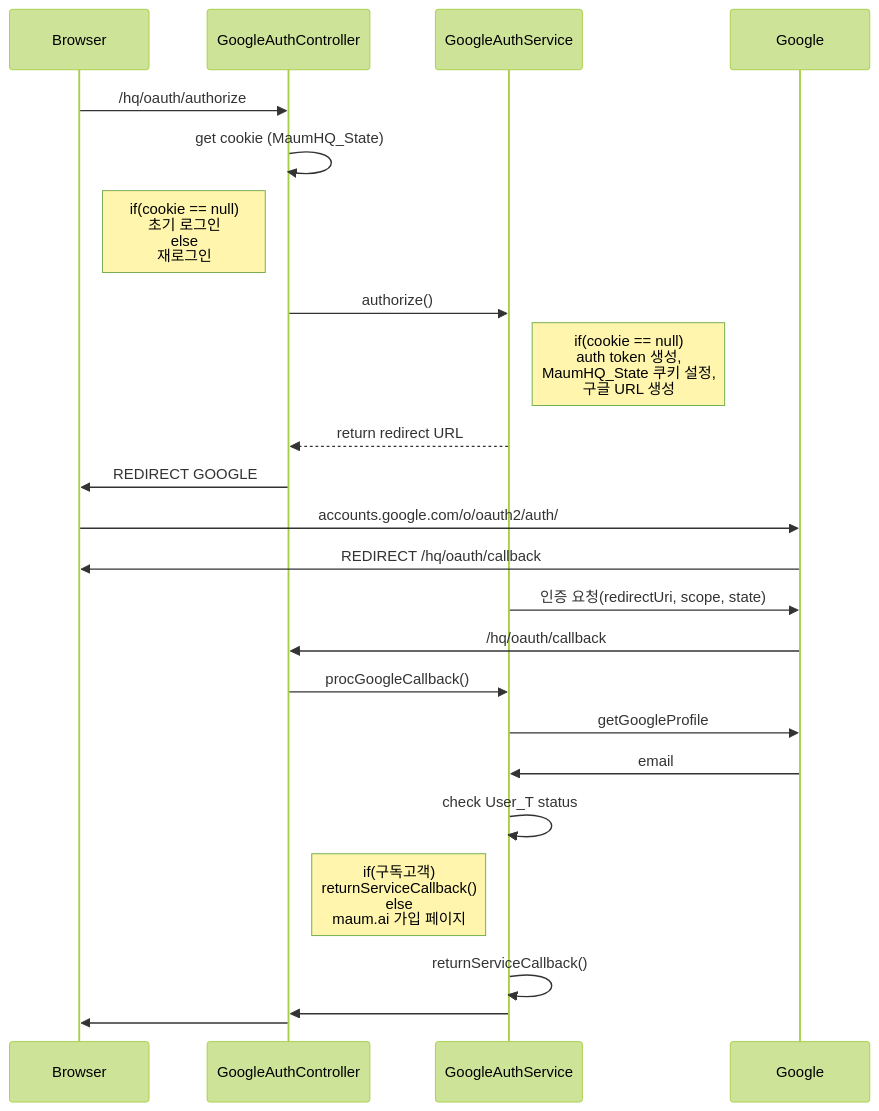
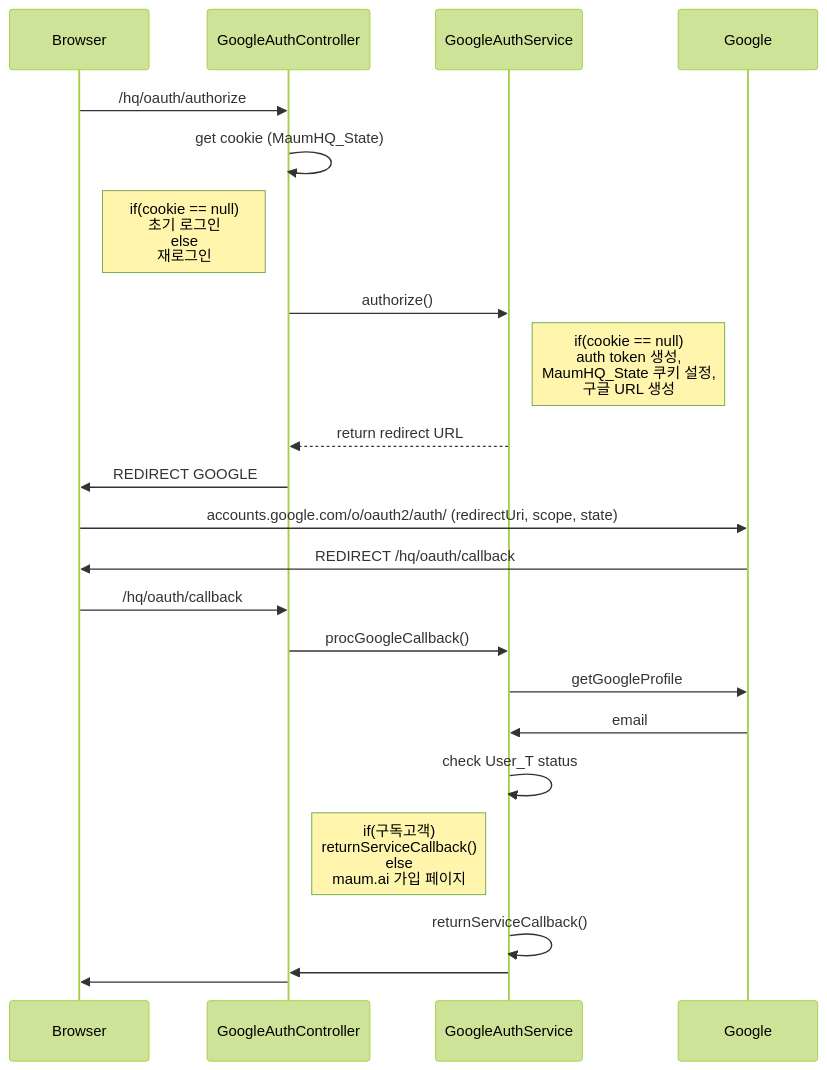
One commit to Ye-Jun/SSO changed the first of 2 diagrams in Architecture.md. Above: the diagram before and after it, drawn with Mermaid (forest theme). The commit also changed other lines of this file, not shown here.

Commit message:
Architecture.md updated from https://stackedit.io/

````diff
--- a/Architecture.md
+++ b/Architecture.md
@@ -3,23 +3,22 @@
 ```mermaid
 sequenceDiagram
 Browser ->> GoogleAuthController : /hq/oauth/authorize
 GoogleAuthController ->> GoogleAuthController : get cookie (MaumHQ_State)
 Note left of GoogleAuthController: if(cookie == null)<br/>초기 로그인<br/> else<br/>재로그인
 GoogleAuthController ->> GoogleAuthService : authorize()
 Note right of GoogleAuthService : if(cookie == null) <br/>auth token 생성,<br/> MaumHQ_State 쿠키 설정, <br/>구글 URL 생성
 GoogleAuthService -->> GoogleAuthController : return redirect URL
 GoogleAuthController ->> Browser : REDIRECT GOOGLE
-Browser ->> Google : accounts.google.com/o/oauth2/auth/
+Browser ->> Google : accounts.google.com/o/oauth2/auth/ (redirectUri, scope, state)
 Google ->> Browser : REDIRECT /hq/oauth/callback
-GoogleAuthService ->> Google : 인증 요청(redirectUri, scope, state)
-Google ->> GoogleAuthController : /hq/oauth/callback
+Browser ->> GoogleAuthController : /hq/oauth/callback
 GoogleAuthController ->> GoogleAuthService : procGoogleCallback()
 GoogleAuthService ->> Google : getGoogleProfile
 Google ->> GoogleAuthService : email
 GoogleAuthService ->> GoogleAuthService : check User_T status
 Note left of GoogleAuthService : if(구독고객)<br/>returnServiceCallback()<br/>else<br/>maum.ai 가입 페이지
 GoogleAuthService ->> GoogleAuthService : returnServiceCallback()
 GoogleAuthService ->> GoogleAuthController : 
 GoogleAuthController ->> Browser : 
 
 ```
````
